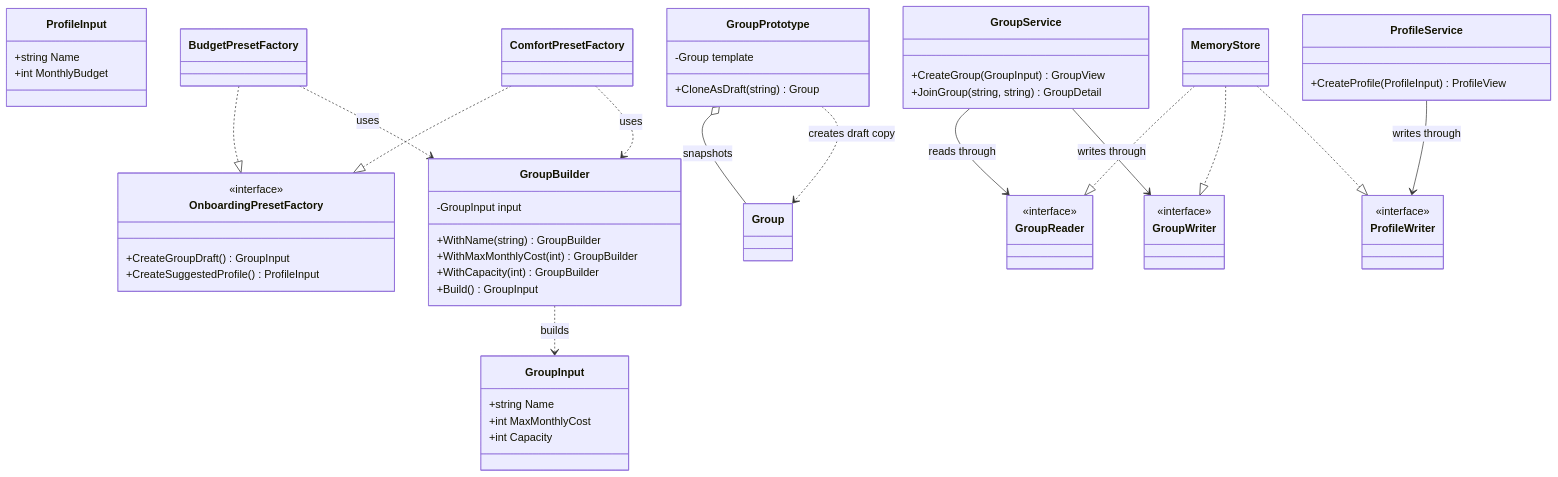
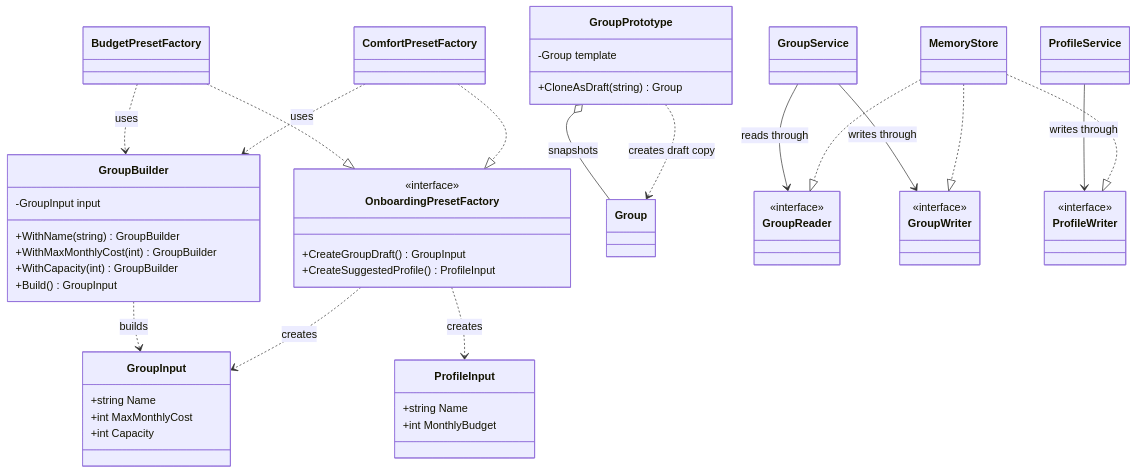
Before and after one commit to Lucian-Adrian/sem5-software-design: the diagram in lab-01/report.md, drawn with Mermaid. The commit also changed other lines of this file and 44 other files, not shown here.

Commit message:
Clarify Domi labs and add editable Isomorph sequences

````diff
--- a/lab-01/report.md
+++ b/lab-01/report.md
@@ -152,61 +156,58 @@
 ```mermaid
 classDiagram
     class GroupInput {
         +string Name
         +int MaxMonthlyCost
         +int Capacity
     }
     class ProfileInput {
         +string Name
         +int MonthlyBudget
     }
     class GroupBuilder {
         -GroupInput input
         +WithName(string) GroupBuilder
         +WithMaxMonthlyCost(int) GroupBuilder
         +WithCapacity(int) GroupBuilder
         +Build() GroupInput
     }
     class OnboardingPresetFactory {
         <<interface>>
         +CreateGroupDraft() GroupInput
         +CreateSuggestedProfile() ProfileInput
     }
     class BudgetPresetFactory
     class ComfortPresetFactory
     class GroupPrototype {
         -Group template
         +CloneAsDraft(string) Group
     }
     class Group
-    class GroupService {
-        +CreateGroup(GroupInput) GroupView
-        +JoinGroup(string, string) GroupDetail
-    }
-    class ProfileService {
-        +CreateProfile(ProfileInput) ProfileView
-    }
+    class GroupService
+    class ProfileService
     class MemoryStore
     class GroupReader {
         <<interface>>
     }
     class GroupWriter {
         <<interface>>
     }
     class ProfileWriter {
         <<interface>>
     }
     GroupBuilder ..> GroupInput : builds
     BudgetPresetFactory ..|> OnboardingPresetFactory
     ComfortPresetFactory ..|> OnboardingPresetFactory
     BudgetPresetFactory ..> GroupBuilder : uses
     ComfortPresetFactory ..> GroupBuilder : uses
+    OnboardingPresetFactory ..> GroupInput : creates
+    OnboardingPresetFactory ..> ProfileInput : creates
     GroupPrototype o-- Group : snapshots
     GroupPrototype ..> Group : creates draft copy
     GroupService --> GroupReader : reads through
     GroupService --> GroupWriter : writes through
     ProfileService --> ProfileWriter : writes through
     MemoryStore ..|> GroupReader
     MemoryStore ..|> GroupWriter
     MemoryStore ..|> ProfileWriter
 ```
````
